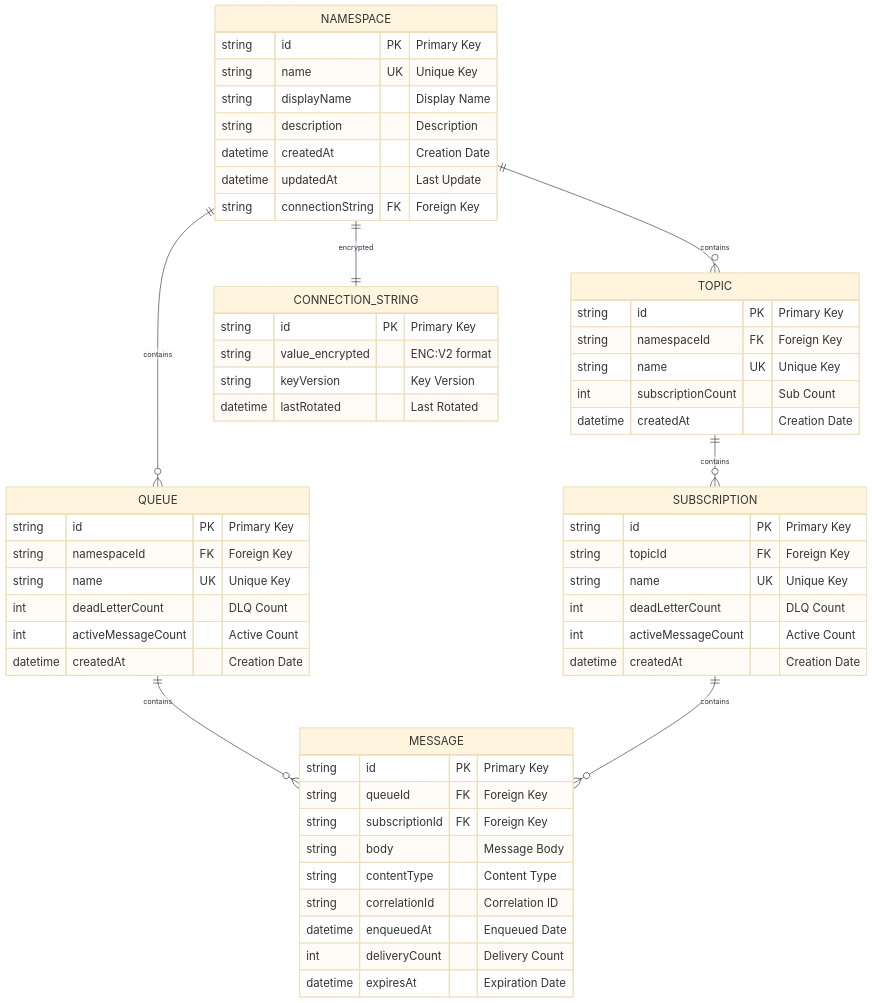
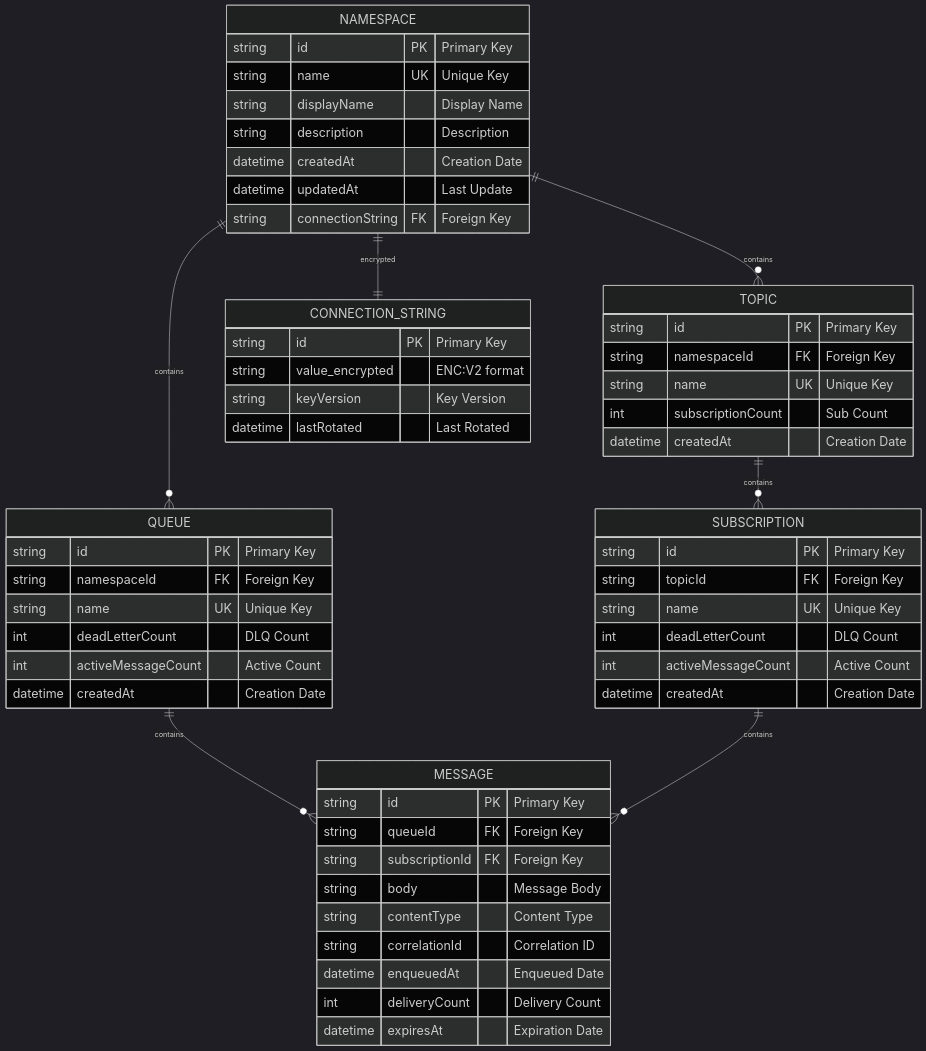
Before and after one commit to debdevops/servicehub: the eighth of 12 diagrams in services/api/ARCHITECTURE.md, drawn with Mermaid. The commit also changed other lines of this file, not shown here.

Commit message:
Update Text and foreground color

````diff
--- a/services/api/ARCHITECTURE.md
+++ b/services/api/ARCHITECTURE.md
@@ -439,65 +460,65 @@
 ```mermaid
-%%{init: {'theme':'base', 'themeVariables': { 'fontSize':'22px'}}}%%
+%%{init: {'theme':'dark', 'themeVariables': { 'fontSize':'24px', 'primaryTextColor':'#ffffff'}}}%%
 erDiagram
     NAMESPACE ||--o{ QUEUE : "contains"
     NAMESPACE ||--o{ TOPIC : "contains"
     TOPIC ||--o{ SUBSCRIPTION : "contains"
     QUEUE ||--o{ MESSAGE : "contains"
     SUBSCRIPTION ||--o{ MESSAGE : "contains"
     NAMESPACE ||--|| CONNECTION_STRING : "encrypted"
 
     NAMESPACE {
         string id PK "Primary Key"
         string name UK "Unique Key"
         string displayName "Display Name"
         string description "Description"
         datetime createdAt "Creation Date"
         datetime updatedAt "Last Update"
         string connectionString FK "Foreign Key"
     }
 
     QUEUE {
         string id PK "Primary Key"
         string namespaceId FK "Foreign Key"
         string name UK "Unique Key"
         int deadLetterCount "DLQ Count"
         int activeMessageCount "Active Count"
         datetime createdAt "Creation Date"
     }
 
     TOPIC {
         string id PK "Primary Key"
         string namespaceId FK "Foreign Key"
         string name UK "Unique Key"
         int subscriptionCount "Sub Count"
         datetime createdAt "Creation Date"
     }
 
     SUBSCRIPTION {
         string id PK "Primary Key"
         string topicId FK "Foreign Key"
         string name UK "Unique Key"
         int deadLetterCount "DLQ Count"
         int activeMessageCount "Active Count"
         datetime createdAt "Creation Date"
     }
 
     MESSAGE {
         string id PK "Primary Key"
         string queueId FK "Foreign Key"
         string subscriptionId FK "Foreign Key"
         string body "Message Body"
         string contentType "Content Type"
         string correlationId "Correlation ID"
         datetime enqueuedAt "Enqueued Date"
         int deliveryCount "Delivery Count"
         datetime expiresAt "Expiration Date"
     }
 
     CONNECTION_STRING {
         string id PK "Primary Key"
         string value_encrypted "ENC:V2 format"
         string keyVersion "Key Version"
         datetime lastRotated "Last Rotated"
     }
 ```
````
